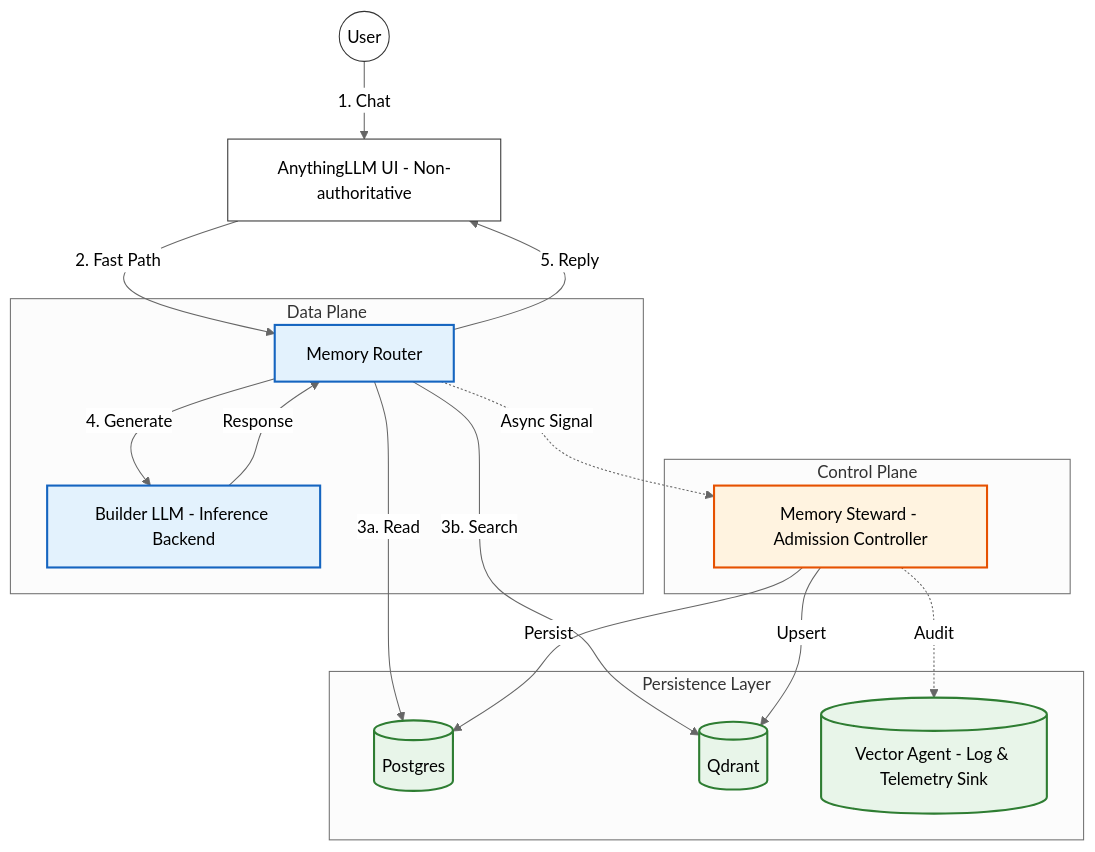
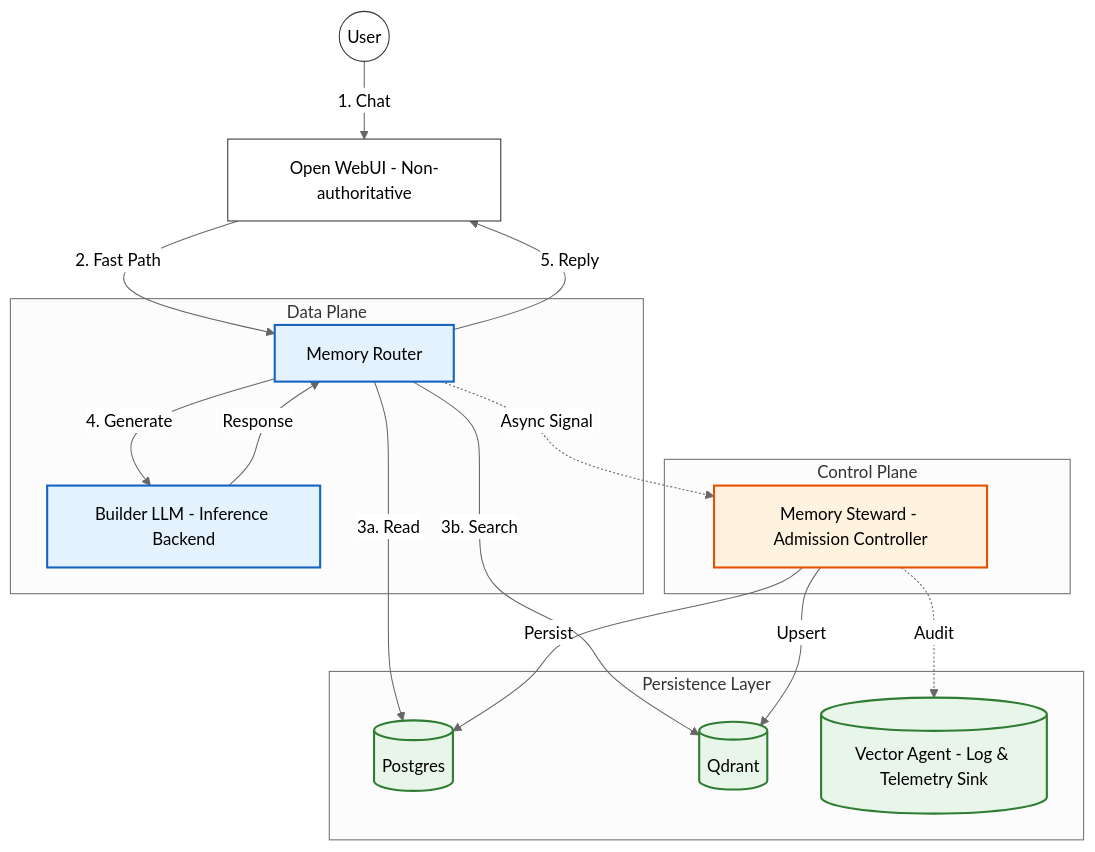
One commit to homel-dev/memory-steward changed the first of 3 diagrams in docs/WHITEPAPER.md. Above: the diagram before and after it, drawn with Mermaid (neutral theme). The commit also changed other lines of this file, not shown here.

````diff
--- a/docs/WHITEPAPER.md
+++ b/docs/WHITEPAPER.md
@@ -46,43 +45,43 @@
-~~~mermaid
+```mermaid
 graph TD
     User((User))
-    UI[AnythingLLM UI - Non-authoritative]
+    UI[Open WebUI - Non-authoritative]
 
     subgraph "Data Plane"
         Router[Memory Router]
         Builder[Builder LLM - Inference Backend]
     end
 
     subgraph "Control Plane"
         Steward[Memory Steward - Admission Controller]
     end
 
     subgraph "Persistence Layer"
         DB[(Postgres)]
         Qdrant[(Qdrant)]
         Logs[(Vector Agent - Log & Telemetry Sink)]
     end
 
     classDef plain fill:#ffffff,stroke:#333333,stroke-width:1px;
     classDef data fill:#e3f2fd,stroke:#1565c0,stroke-width:2px;
     classDef control fill:#fff3e0,stroke:#e65100,stroke-width:2px;
     classDef store fill:#e8f5e9,stroke:#2e7d32,stroke-width:2px;
 
     class User,UI plain;
     class Router,Builder data;
     class Steward control;
     class DB,Qdrant,Logs store;
 
     User -->|1. Chat| UI
     UI -->|2. Fast Path| Router
     Router -->|3a. Read| DB
     Router -->|3b. Search| Qdrant
     Router -->|4. Generate| Builder
     Builder -->|Response| Router
     Router -->|5. Reply| UI
 
     Router -.->|Async Signal| Steward
     Steward -->|Persist| DB
     Steward -->|Upsert| Qdrant
     Steward -.->|Audit| Logs
-~~~
+```
````
